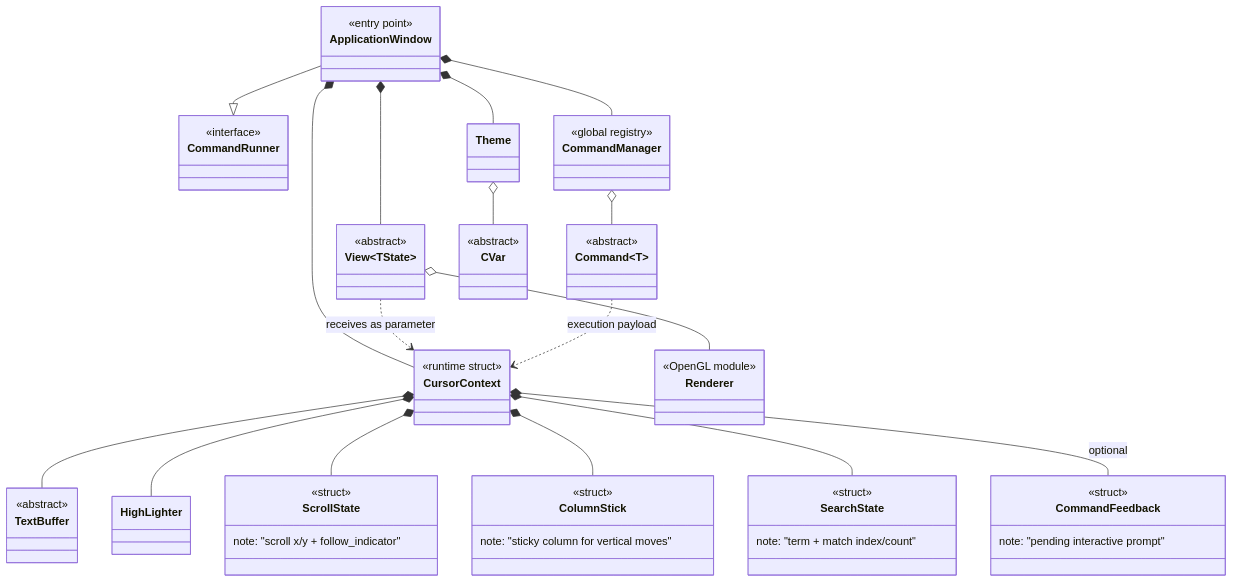
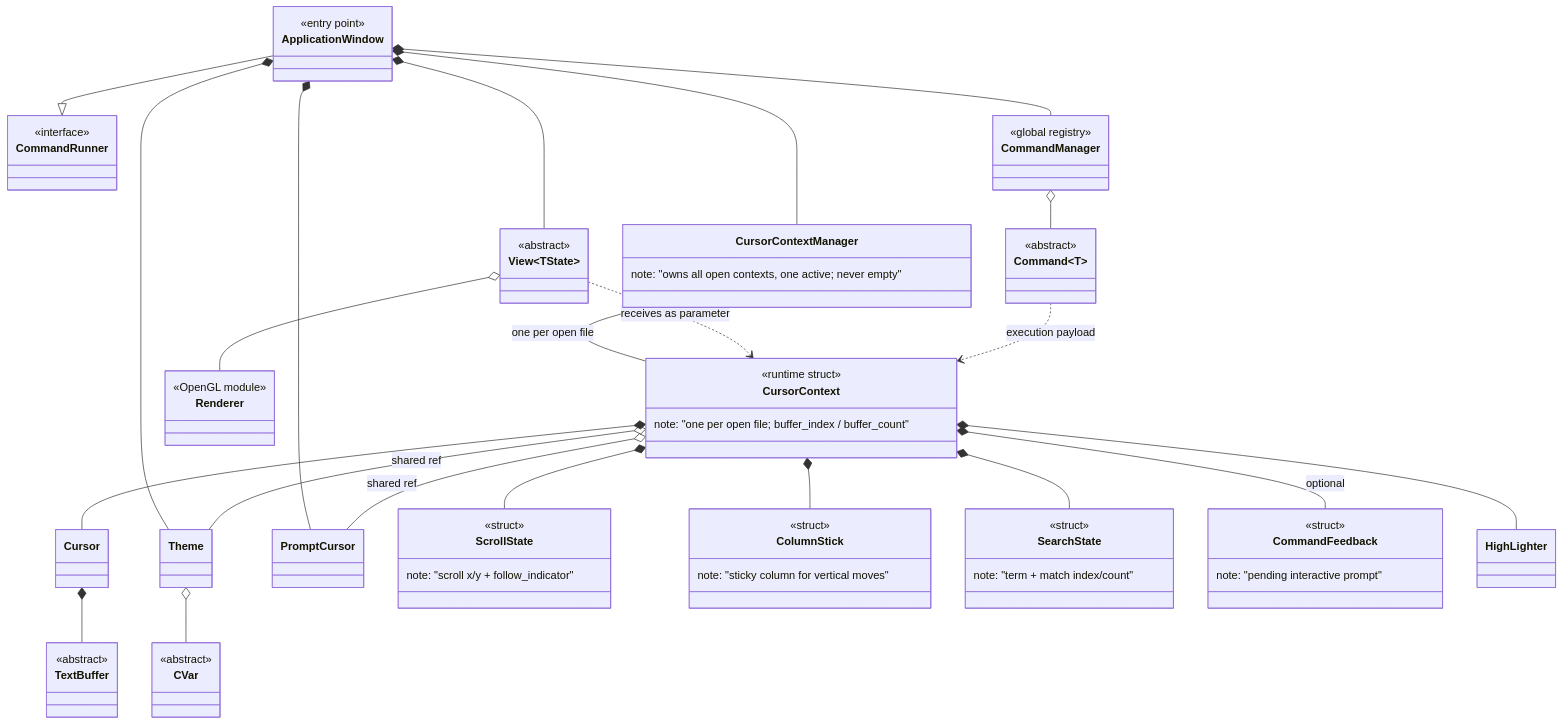
One commit to notnotme/bbloc changed the tenth of 10 diagrams in docs/class_diagram.md. Above: the diagram before and after it, drawn with Mermaid. The commit also changed other lines of this file and 1 other file, not shown here.

Commit message:
Require class diagram updates before commits, sync diagram with code

````diff
--- a/docs/class_diagram.md
+++ b/docs/class_diagram.md
@@ -291,65 +308,76 @@
 ```mermaid
 classDiagram
     class ApplicationWindow {
         <<entry point>>
     }
     class CommandRunner {
         <<interface>>
     }
     class CommandManager {
         <<global registry>>
     }
     class Theme
+    class CursorContextManager {
+        note: "owns all open contexts, one active; never empty"
+    }
     class CursorContext {
         <<runtime struct>>
+        note: "one per open file; buffer_index / buffer_count"
     }
+    class Cursor
+    class PromptCursor
     class ScrollState {
         <<struct>>
         note: "scroll x/y + follow_indicator"
     }
     class ColumnStick {
         <<struct>>
         note: "sticky column for vertical moves"
     }
     class SearchState {
         <<struct>>
         note: "term + match index/count"
     }
     class CommandFeedback {
         <<struct>>
         note: "pending interactive prompt"
     }
     class View~TState~ {
         <<abstract>>
     }
     class Command~T~ {
         <<abstract>>
     }
     class TextBuffer {
         <<abstract>>
     }
     class CVar {
         <<abstract>>
     }
     class Renderer {
         <<OpenGL module>>
     }
     class HighLighter
 
     ApplicationWindow --|> CommandRunner
     ApplicationWindow *-- CommandManager
     ApplicationWindow *-- Theme
-    ApplicationWindow *-- CursorContext
+    ApplicationWindow *-- PromptCursor
+    ApplicationWindow *-- CursorContextManager
     ApplicationWindow *-- View~TState~
     CommandManager o-- Command~T~
-    CursorContext *-- TextBuffer
+    CursorContextManager *-- CursorContext : one per open file
+    CursorContext *-- Cursor
+    CursorContext o-- PromptCursor : shared ref
+    CursorContext o-- Theme : shared ref
+    Cursor *-- TextBuffer
     CursorContext *-- HighLighter
     CursorContext *-- ScrollState
     CursorContext *-- ColumnStick
     CursorContext *-- SearchState
     CursorContext *-- CommandFeedback : optional
     Theme o-- CVar
     View~TState~ o-- Renderer
     View~TState~ ..> CursorContext : receives as parameter
     Command~T~ ..> CursorContext : execution payload
 ```
````
